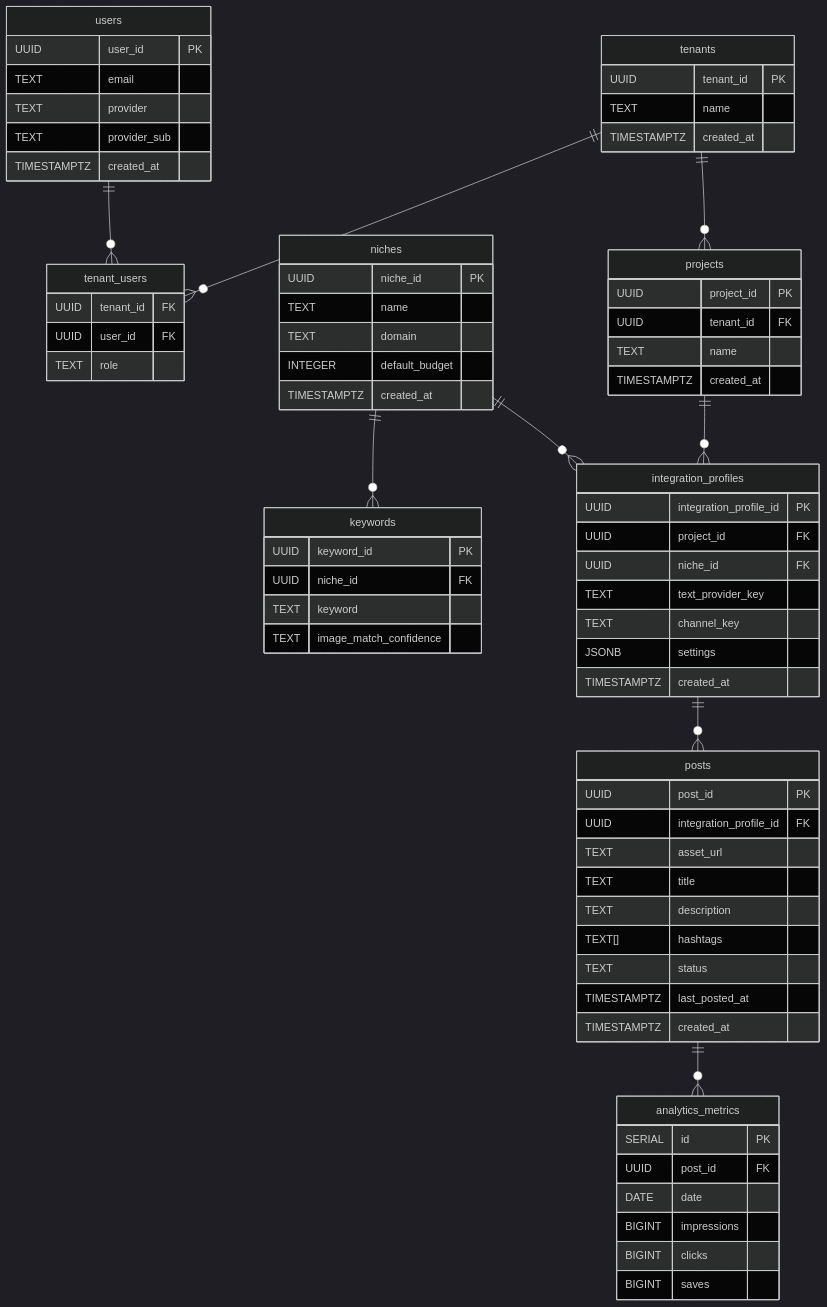
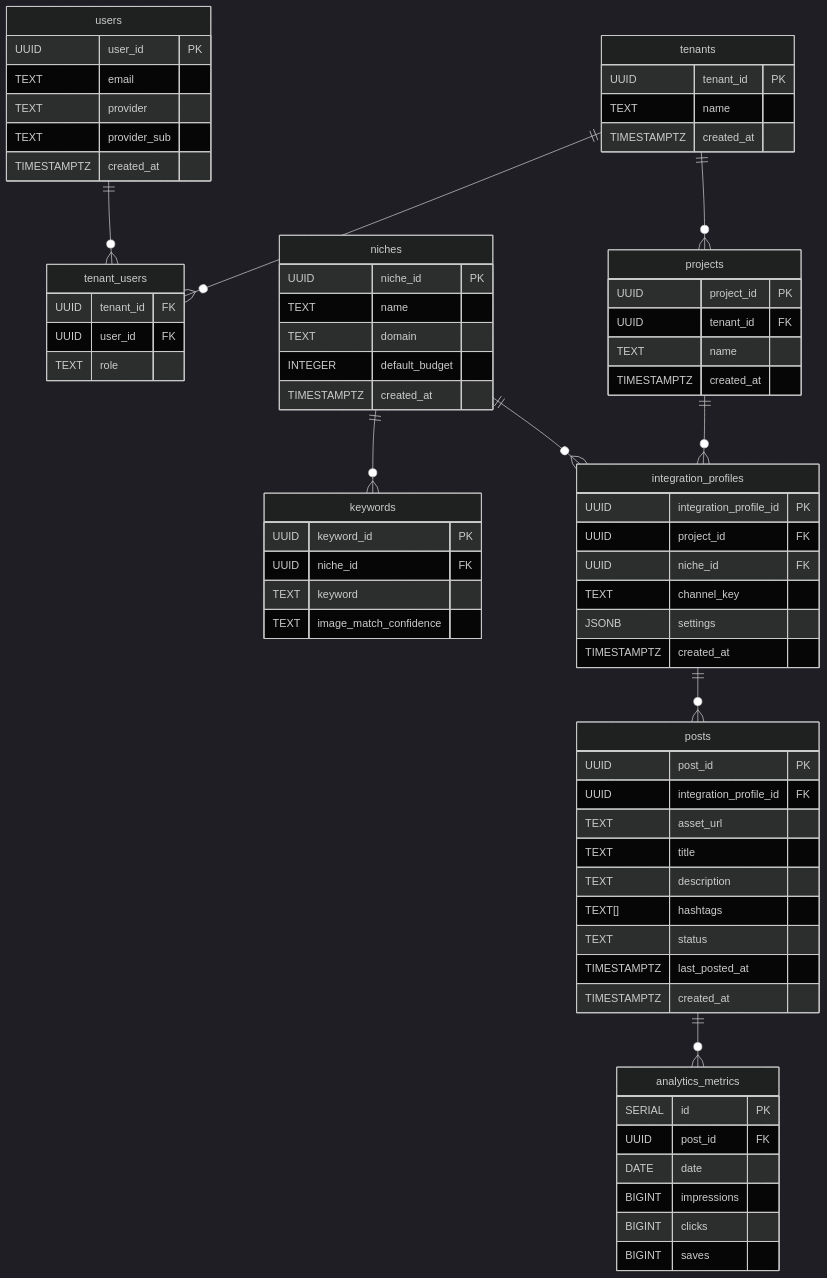
Before and after one commit to rhamblin/content_automation_engine: the second of 2 diagrams in README.md, drawn with Mermaid (dark theme). The commit also changed other lines of this file and 16 other files, not shown here.

````diff
--- a/README.md
+++ b/README.md
@@ -174,76 +176,75 @@
 ```mermaid
 erDiagram
     tenants {
       UUID tenant_id PK
       TEXT name
       TIMESTAMPTZ created_at
     }
     users {
       UUID user_id PK
       TEXT email
       TEXT provider
       TEXT provider_sub
       TIMESTAMPTZ created_at
     }
     tenant_users {
       UUID tenant_id FK
       UUID user_id FK
       TEXT role
     }
     projects {
       UUID project_id PK
       UUID tenant_id FK
       TEXT name
       TIMESTAMPTZ created_at
     }
     niches {
       UUID niche_id PK
       TEXT name
       TEXT domain
       INTEGER default_budget
       TIMESTAMPTZ created_at
     }
     keywords {
       UUID keyword_id PK
       UUID niche_id FK
       TEXT keyword
       TEXT image_match_confidence
     }
     integration_profiles {
       UUID integration_profile_id PK
       UUID project_id FK
       UUID niche_id FK
-      TEXT text_provider_key
       TEXT channel_key
       JSONB settings
       TIMESTAMPTZ created_at
     }
     posts {
       UUID post_id PK
       UUID integration_profile_id FK
       TEXT asset_url
       TEXT title
       TEXT description
       TEXT[] hashtags
       TEXT status
       TIMESTAMPTZ last_posted_at
       TIMESTAMPTZ created_at 
     }
     analytics_metrics {
       SERIAL id PK
       UUID post_id FK
       DATE date
       BIGINT impressions
       BIGINT clicks
       BIGINT saves
     }
 
     tenants ||--o{ tenant_users : ""
     users   ||--o{ tenant_users : ""
     tenants ||--o{ projects    : ""
     projects ||--o{ integration_profiles : ""
     niches    ||--o{ keywords      : ""
     niches    ||--o{ integration_profiles : ""
     integration_profiles ||--o{ posts        : ""
     posts      ||--o{ analytics_metrics   : ""
 ```
````
